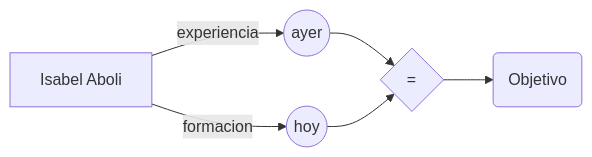
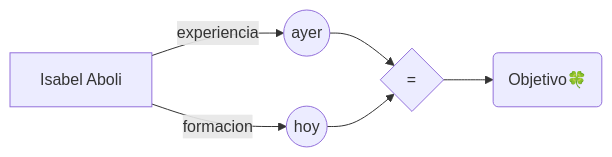
Before and after one commit to IsabelAboliMartinez/IsabelAboliMartinez: the diagram in README.md, drawn with Mermaid. The commit also changed other lines of this file, not shown here.

````diff
--- a/README.md
+++ b/README.md
@@ -24,8 +26,8 @@
 ```mermaid
 graph LR
 A[Isabel Aboli] -- experiencia --> B((ayer))
 A[Isabel Aboli] -- formacion --> C((hoy))
 B --> D{=}
 C --> D
-D --> E(Objetivo)
+D --> E(Objetivo<font style="vertical-align: inherit;"><font style="vertical-align: inherit;">🍀</font></font>)
 ```
````
